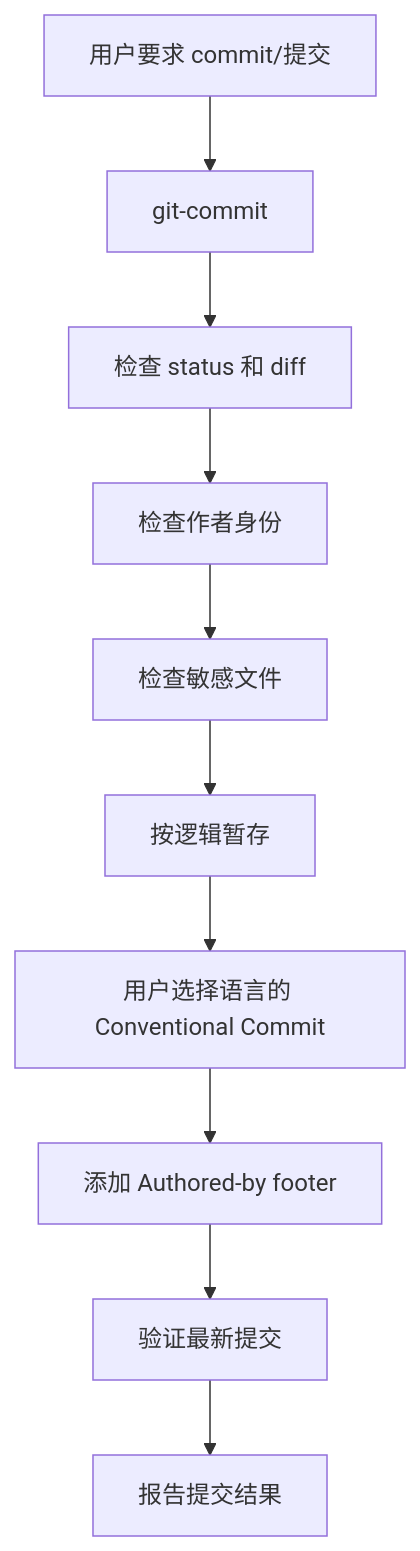
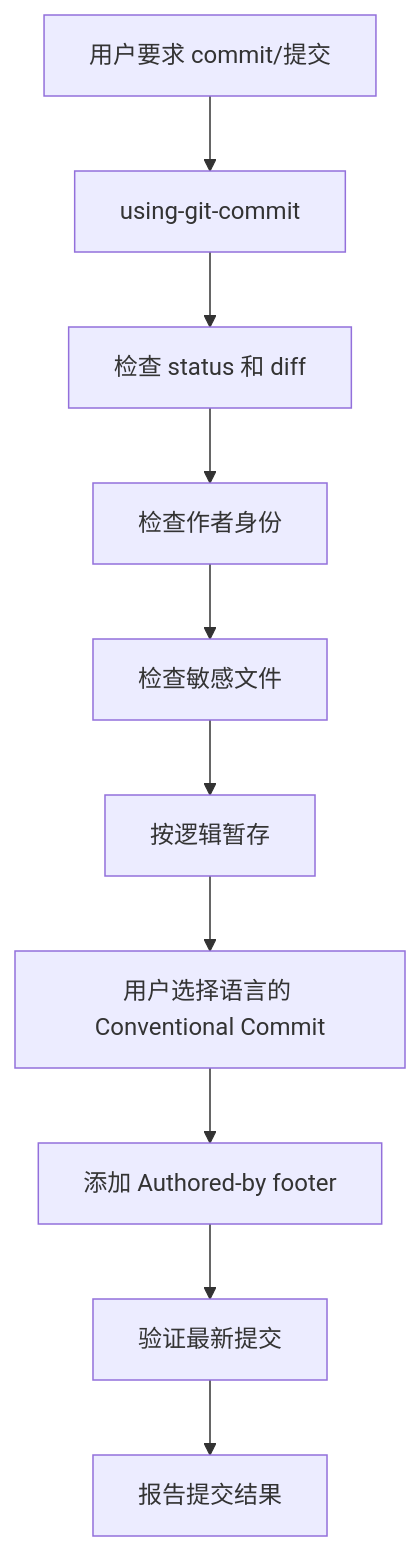
The ninth of 12 diagrams in docs/workflow-chain.md (Vincen-dev/coding-plugins), drawn with Mermaid before and after one commit. The commit also changed other lines of this file and 28 other files, not shown here.

First line of the commit message:
refactor(skills): 将 git-commit skill 改名为 using-git-commit

````diff
--- a/docs/workflow-chain.md
+++ b/docs/workflow-chain.md
@@ -319,12 +319,12 @@
 ```mermaid
 flowchart TD
-  A["用户要求 commit/提交"] --> B["git-commit"]
+  A["用户要求 commit/提交"] --> B["using-git-commit"]
   B --> C["检查 status 和 diff"]
   C --> D["检查作者身份"]
   D --> E["检查敏感文件"]
   E --> F["按逻辑暂存"]
   F --> G["用户选择语言的 Conventional Commit"]
   G --> H["添加 Authored-by footer"]
   H --> I["验证最新提交"]
   I --> J["报告提交结果"]
 ```
````
